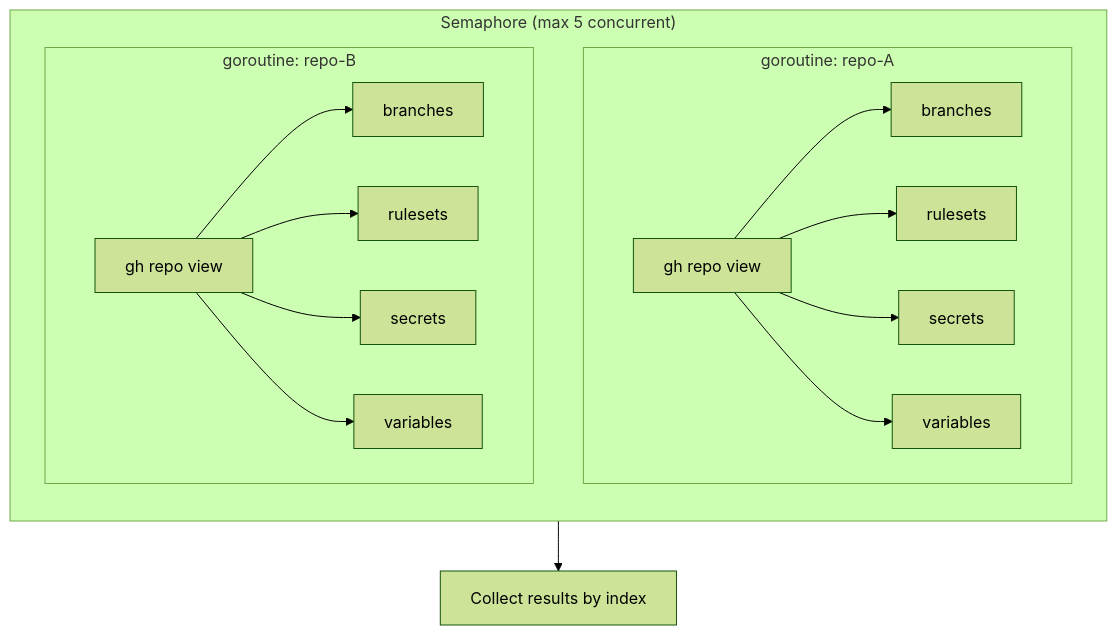
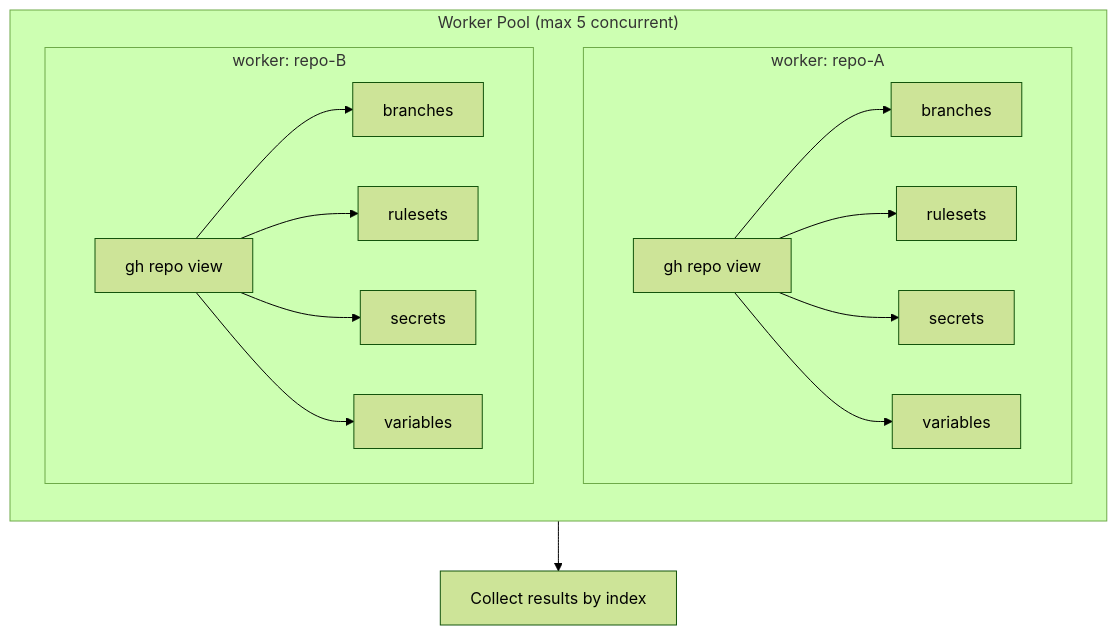
One commit to yagihash/gh-infra changed the second of 6 diagrams in docs/src/content/docs/internals/concurrency.md. Above: the diagram before and after it, drawn with Mermaid (forest theme). The commit also changed other lines of this file and 2 other files, not shown here.

````diff
--- a/docs/src/content/docs/internals/concurrency.md
+++ b/docs/src/content/docs/internals/concurrency.md
@@ -40,22 +40,22 @@
 ```mermaid
 flowchart TB
-    subgraph sem["Semaphore (max 5 concurrent)"]
+    subgraph pool["Worker Pool (max 5 concurrent)"]
         direction TB
-        subgraph g1["goroutine: repo-A"]
+        subgraph g1["worker: repo-A"]
             direction LR
             a1[gh repo view] --> a2[branches]
             a1 --> a3[rulesets]
             a1 --> a4[secrets]
             a1 --> a5[variables]
         end
-        subgraph g2["goroutine: repo-B"]
+        subgraph g2["worker: repo-B"]
             direction LR
             b1[gh repo view] --> b2[branches]
             b1 --> b3[rulesets]
             b1 --> b4[secrets]
             b1 --> b5[variables]
         end
     end
 
-    sem --> results["Collect results by index"]
+    pool --> results["Collect results by index"]
 ```
````
